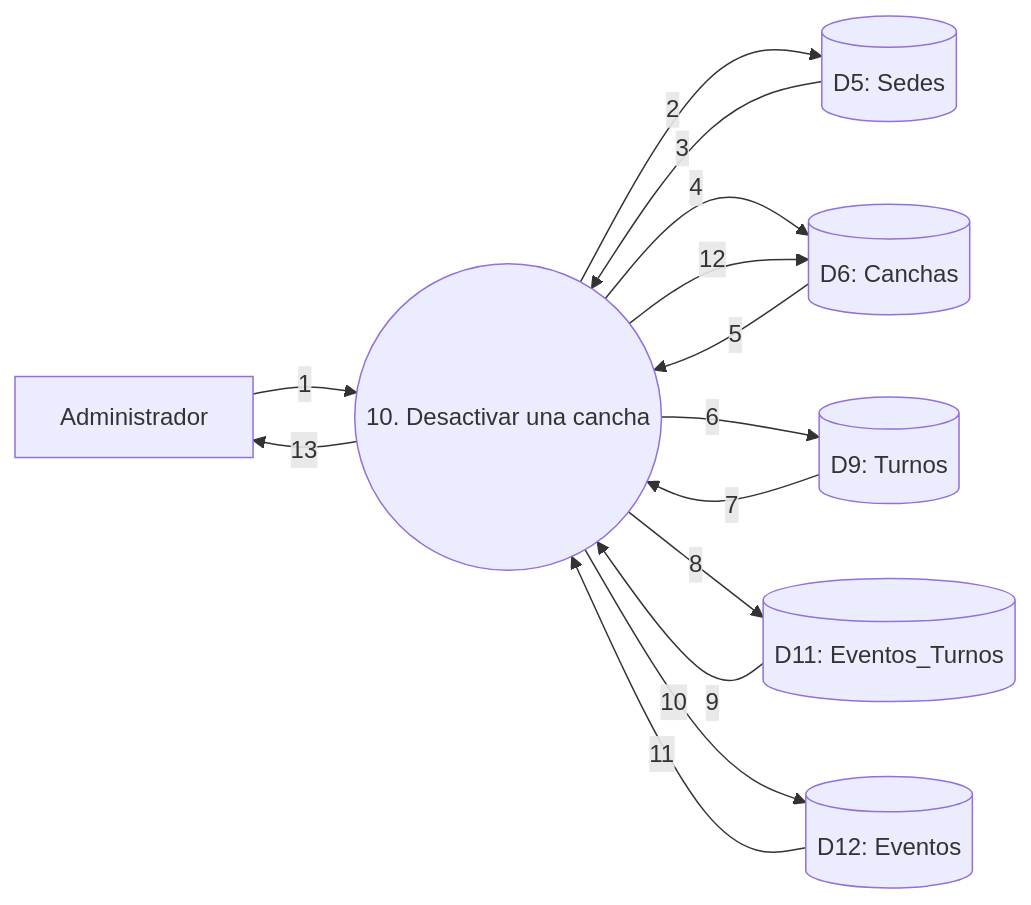
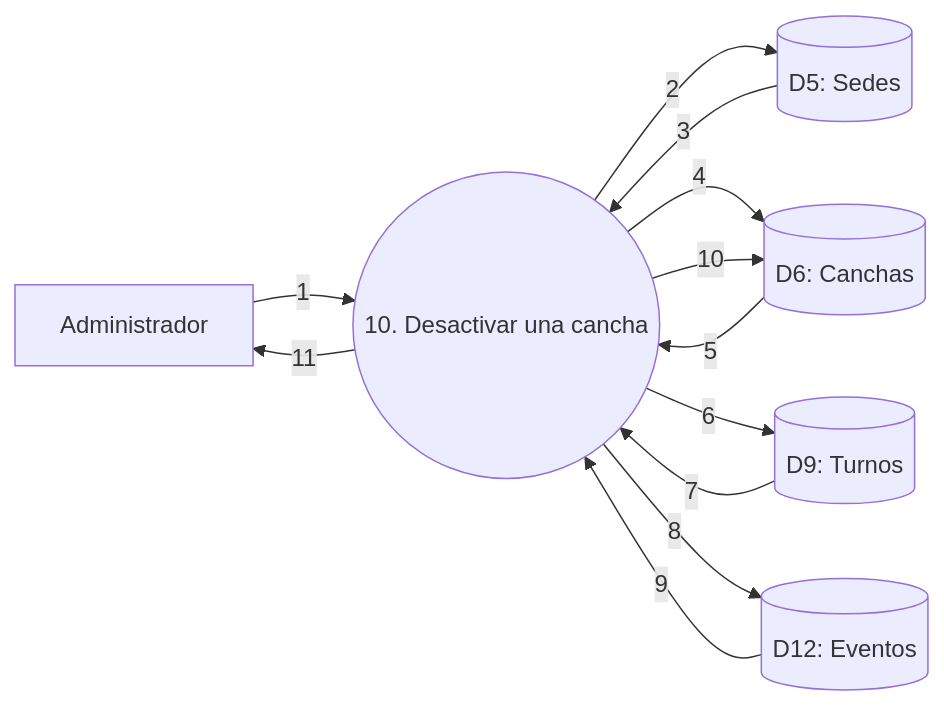
Before and after one commit to fasempertegui/Matchpoint-Taller: the tenth of 33 diagrams in docs/DFD.md, drawn with Mermaid. The commit also changed other lines of this file and 4 other files, not shown here.

````diff
--- a/docs/DFD.md
+++ b/docs/DFD.md
@@ -287,24 +281,21 @@
 ```mermaid
 flowchart LR
     A[Administrador]
     P((10. Desactivar una cancha))
     D5[(D5: Sedes)]
     D6[(D6: Canchas)]
     D9[(D9: Turnos)]
-    D11[(D11: Eventos_Turnos)]
     D12[(D12: Eventos)]
 
     A -->|1| P
     P -->|2| D5
     D5 -->|3| P
     P -->|4| D6
     D6 -->|5| P
     P -->|6| D9
     D9 -->|7| P
-    P -->|8| D11
-    D11 -->|9| P
-    P -->|10| D12
-    D12 -->|11| P
-    P -->|12| D6
-    P -->|13| A
+    P -->|8| D12
+    D12 -->|9| P
+    P -->|10| D6
+    P -->|11| A
 ```
````
